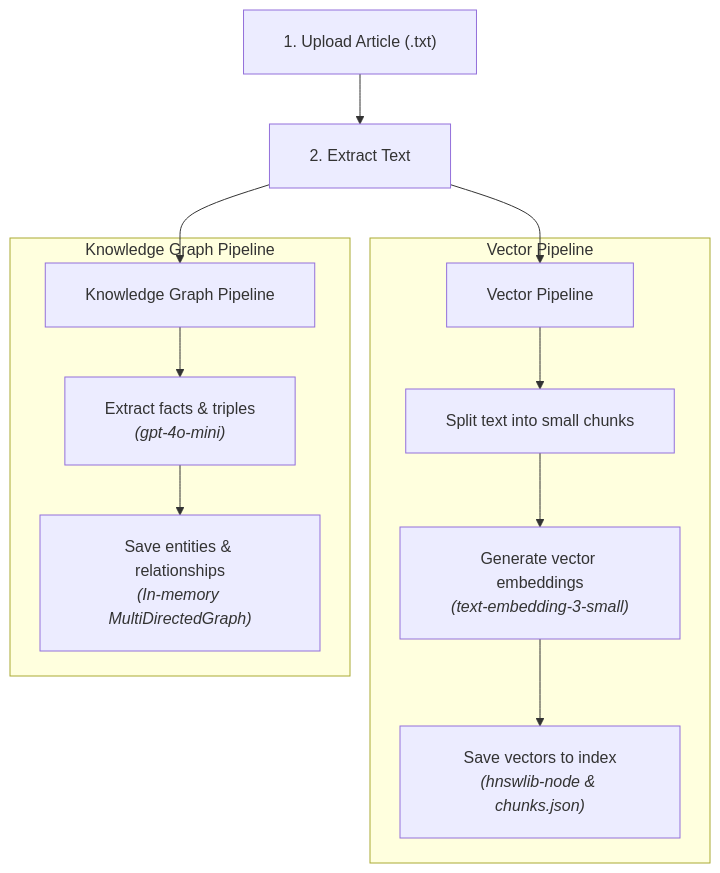
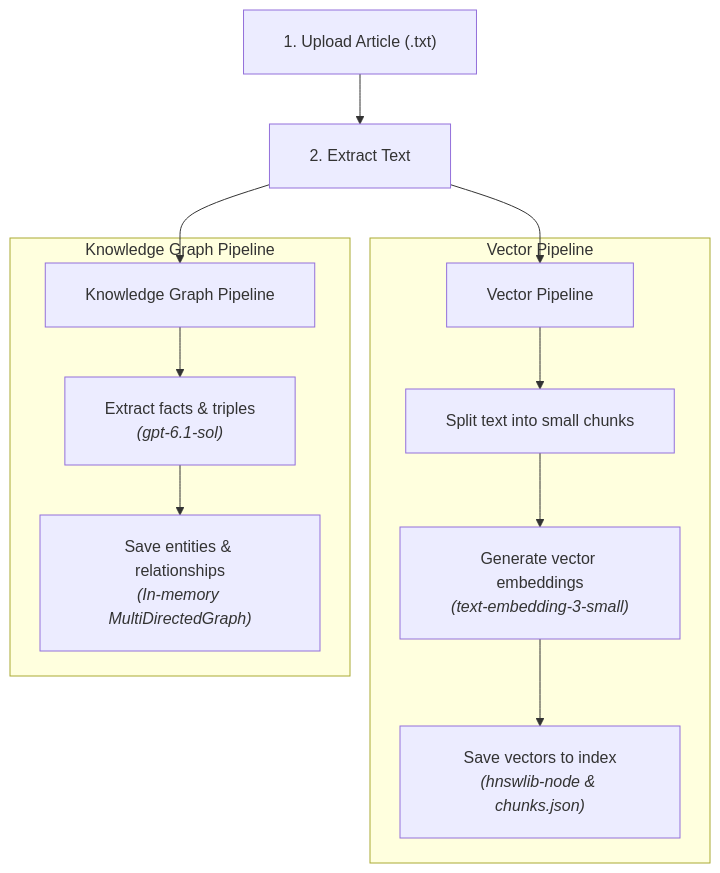
One commit to NickRumenov1/next-insights-rag changed the first of 2 diagrams in README.md. Above: the diagram before and after it, drawn with Mermaid. The commit also changed other lines of this file and 7 other files, not shown here.

````diff
--- a/README.md
+++ b/README.md
@@ -47,19 +47,19 @@
 ```mermaid
 %%{init: {"themeVariables": {"fontSize": "16"}, "flowchart": {"padding": 20, "nodeSpacing": 40, "rankSpacing": 50}}}%%
 flowchart TD
     Upload["1. Upload Article (.txt)"] --> Extract["2. Extract Text"]
     
     Extract --> VectorPipeline["Vector Pipeline"]
     Extract --> GraphPipeline["Knowledge Graph Pipeline"]
 
     subgraph Vector Pipeline
         VectorPipeline --> Split["Split text into small chunks"]
         Split --> Embed["Generate vector embeddings<br/><i>(text-embedding-3-small)</i>"]
         Embed --> SaveVector["Save vectors to index<br/><i>(hnswlib-node & chunks.json)</i>"]
     end
 
     subgraph Knowledge Graph Pipeline
-        GraphPipeline --> Facts["Extract facts & triples<br/><i>(gpt-4o-mini)</i>"]
+        GraphPipeline --> Facts["Extract facts & triples<br/><i>(gpt-6.1-sol)</i>"]
         Facts --> SaveGraph["Save entities & relationships<br/><i>(In-memory MultiDirectedGraph)</i>"]
     end
 ```
````
